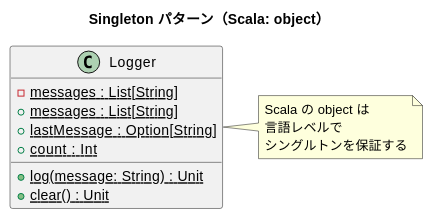
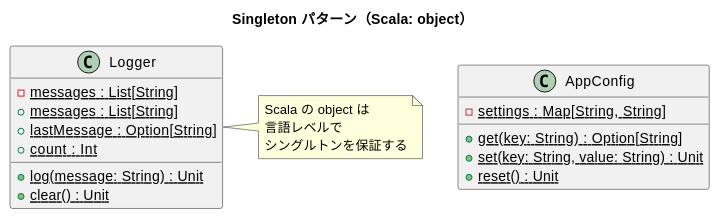
The diagram in docs/article/scala/13-singleton.md (k2works/getting-started-design-pattern), drawn with PlantUML before and after one commit. The commit also changed other lines of this file and 6 other files, not shown here.

````diff
--- a/docs/article/scala/13-singleton.md
+++ b/docs/article/scala/13-singleton.md
@@ -13,20 +13,27 @@
 ```plantuml
 @startuml
 title Singleton パターン（Scala: object）
 
 class Logger {
   {static} - messages : List[String]
   {static} + log(message: String) : Unit
   {static} + messages : List[String]
   {static} + lastMessage : Option[String]
   {static} + clear() : Unit
   {static} + count : Int
 }
 
+class AppConfig {
+  {static} - settings : Map[String, String]
+  {static} + get(key: String) : Option[String]
+  {static} + set(key: String, value: String) : Unit
+  {static} + reset() : Unit
+}
+
 note right of Logger
   Scala の object は
   言語レベルで
   シングルトンを保証する
 end note
 @enduml
 ```
````
